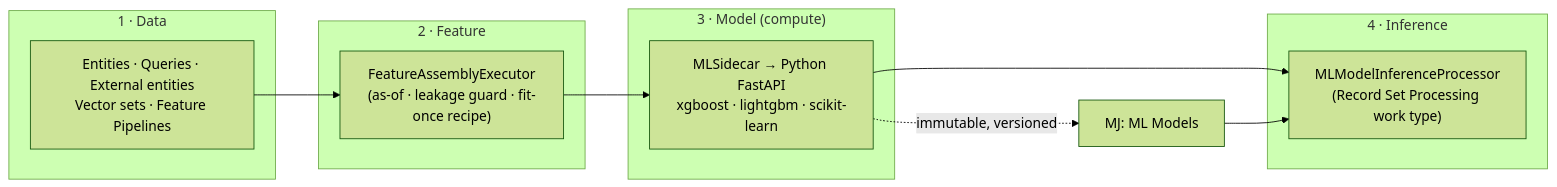
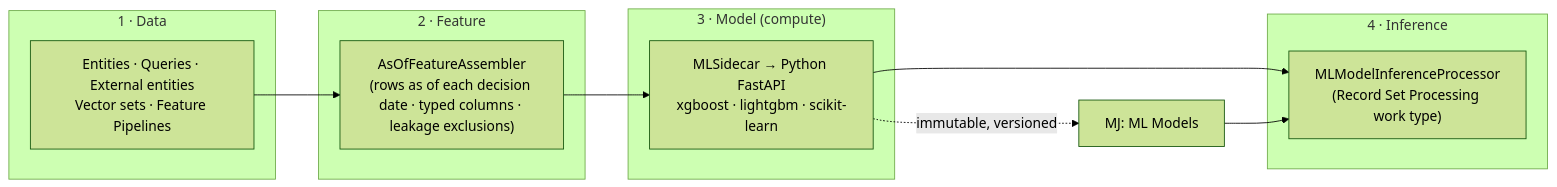
Before and after one commit to MemberJunction/MJ: the diagram in packages/AI/PredictiveStudio/README.md, drawn with Mermaid (forest theme). The commit also changed other lines of this file and 4 other files, not shown here.

````diff
--- a/packages/AI/PredictiveStudio/README.md
+++ b/packages/AI/PredictiveStudio/README.md
@@ -13,18 +13,18 @@
 ```mermaid
 flowchart LR
     subgraph DATA["1 · Data"]
         D["Entities · Queries · External entities<br/>Vector sets · Feature Pipelines"]
     end
     subgraph FEATURE["2 · Feature"]
-        F["FeatureAssemblyExecutor<br/>(as-of · leakage guard · fit-once recipe)"]
+        F["AsOfFeatureAssembler<br/>(rows as of each decision date · typed columns · leakage exclusions)"]
     end
     subgraph MODEL["3 · Model (compute)"]
         M["MLSidecar → Python FastAPI<br/>xgboost · lightgbm · scikit-learn"]
     end
     subgraph INFER["4 · Inference"]
         I["MLModelInferenceProcessor<br/>(Record Set Processing work type)"]
     end
     D --> F --> M --> I
     M -. "immutable, versioned" .-> ML["MJ: ML Models"]
     ML --> I
 ```
````
